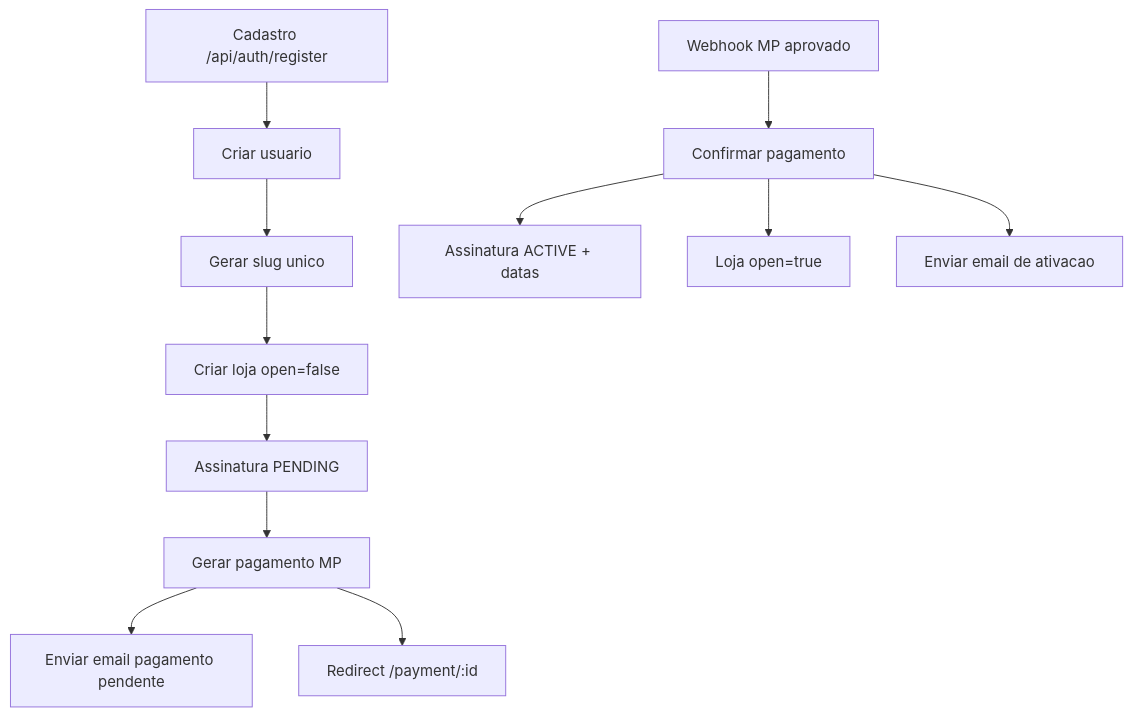
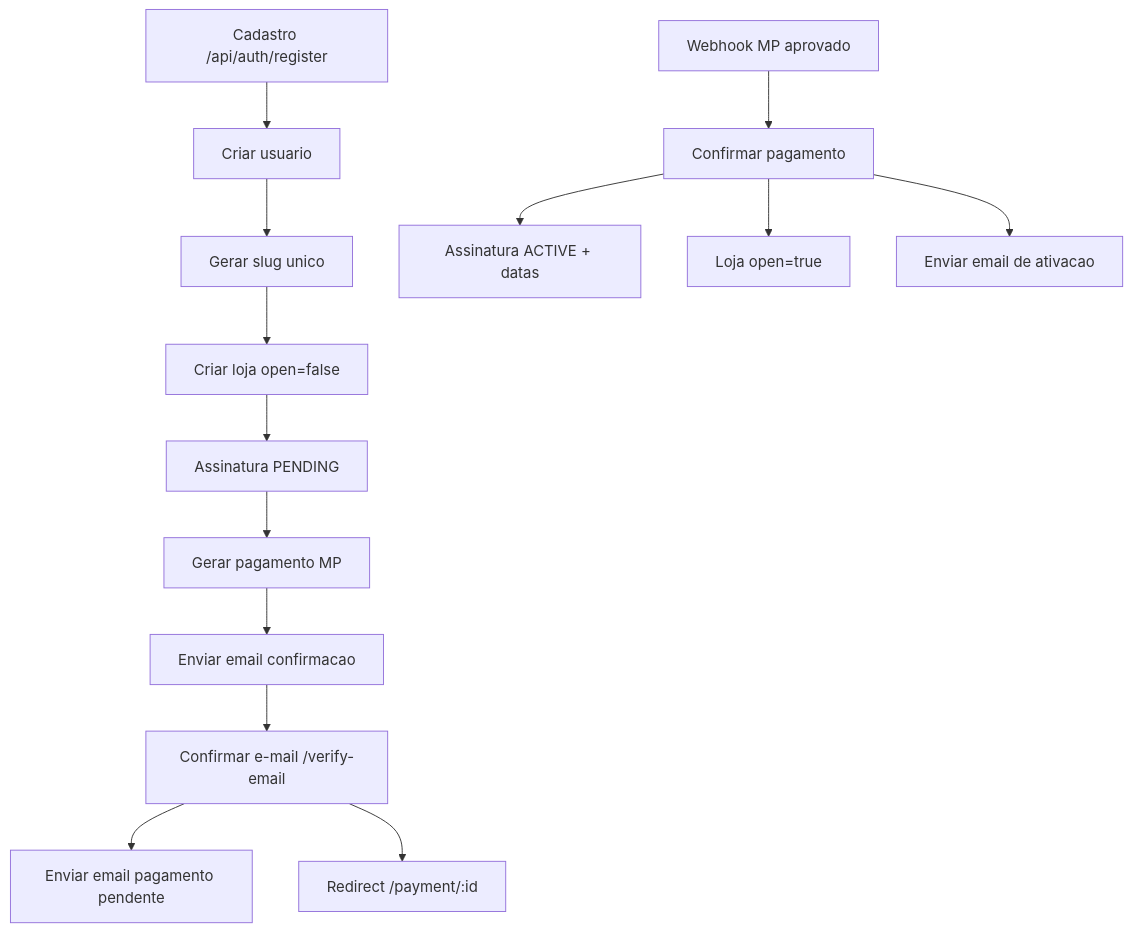
One commit to EdmilsonFernandes/EdEspetoHub changed the diagram in README.md. Above: the diagram before and after it, drawn with Mermaid. The commit also changed other lines of this file and 16 other files, not shown here.

Commit message:
Add email verification flow

````diff
--- a/README.md
+++ b/README.md
@@ -93,14 +93,16 @@
 ```mermaid
 flowchart TD
   A[Cadastro /api/auth/register] --> B[Criar usuario]
   B --> C[Gerar slug unico]
   C --> D[Criar loja open=false]
   D --> E[Assinatura PENDING]
   E --> F[Gerar pagamento MP]
-  F --> G[Enviar email pagamento pendente]
-  F --> H[Redirect /payment/:id]
-  I[Webhook MP aprovado] --> J[Confirmar pagamento]
-  J --> K[Assinatura ACTIVE + datas]
-  J --> L[Loja open=true]
-  J --> M[Enviar email de ativacao]
+  F --> G[Enviar email confirmacao]
+  G --> H[Confirmar e-mail /verify-email]
+  H --> I[Enviar email pagamento pendente]
+  H --> J[Redirect /payment/:id]
+  K[Webhook MP aprovado] --> L[Confirmar pagamento]
+  L --> M[Assinatura ACTIVE + datas]
+  L --> N[Loja open=true]
+  L --> O[Enviar email de ativacao]
 ```
````
